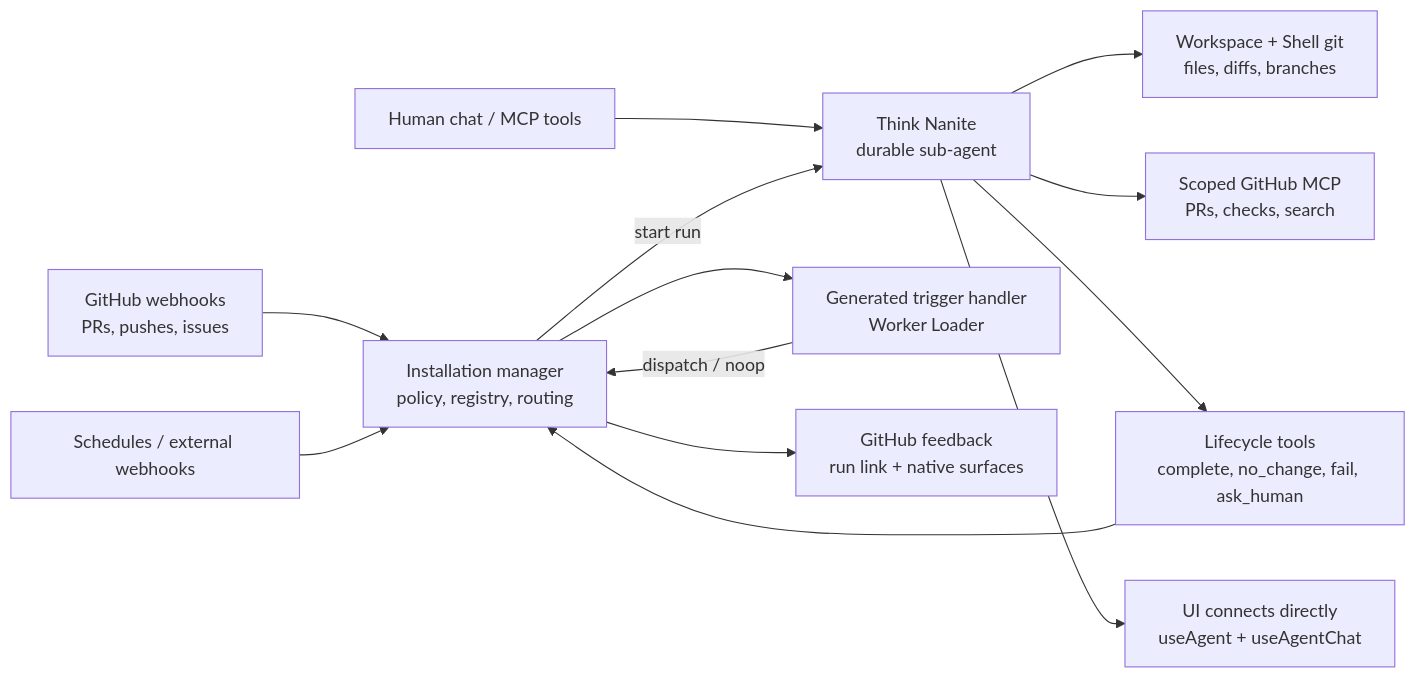
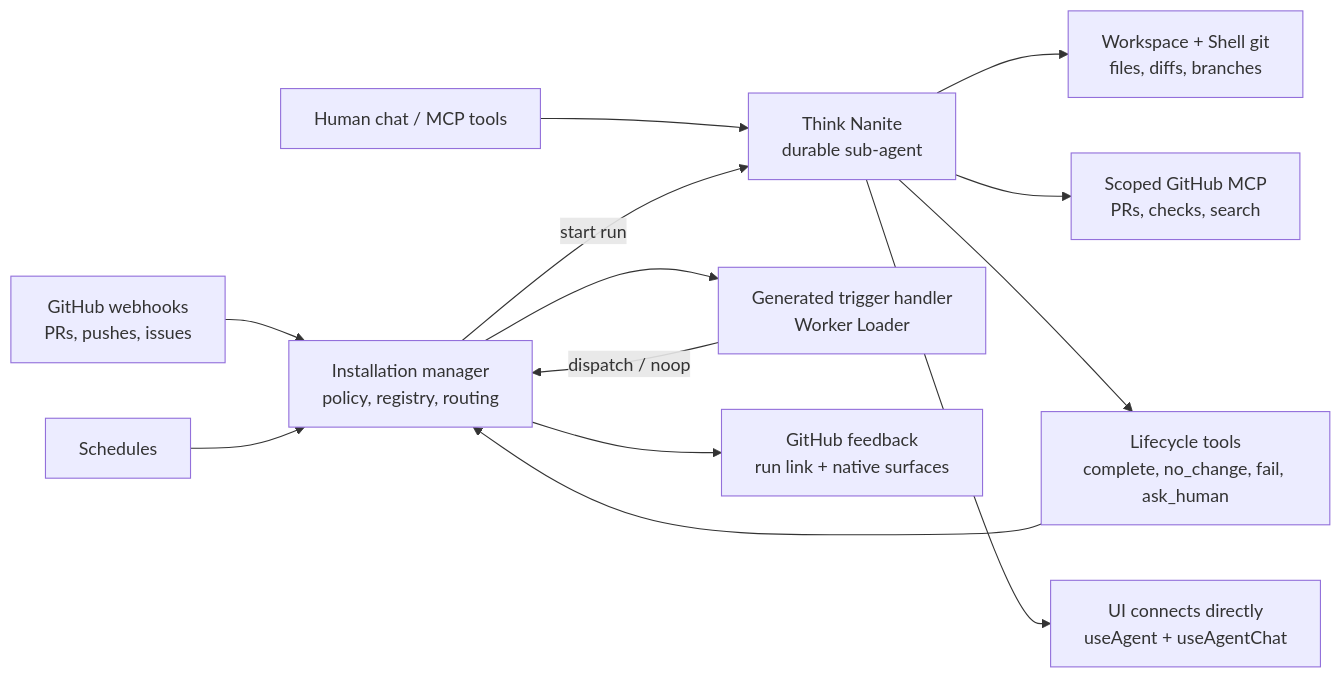
The first of 2 diagrams in docs/architecture/README.md (WebMCP-org/nanites), drawn with Mermaid before and after one commit. The commit also changed other lines of this file and 23 other files, not shown here.

````diff
--- a/docs/architecture/README.md
+++ b/docs/architecture/README.md
@@ -21,15 +21,15 @@
 ```mermaid
 flowchart LR
   GitHub["GitHub webhooks<br/>PRs, pushes, issues"] --> Manager["Installation manager<br/>policy, registry, routing"]
-  Schedule["Schedules / external webhooks"] --> Manager
+  Schedule["Schedules"] --> Manager
   Human["Human chat / MCP tools"] --> Nanite["Think Nanite<br/>durable sub-agent"]
   Manager --> Trigger["Generated trigger handler<br/>Worker Loader"]
   Trigger -->|"dispatch / noop"| Manager
   Manager -->|"start run"| Nanite
   Nanite --> Workspace["Workspace + Shell git<br/>files, diffs, branches"]
   Nanite --> GitHubMcp["Scoped GitHub MCP<br/>PRs, checks, search"]
   Nanite --> Lifecycle["Lifecycle tools<br/>complete, no_change, fail, ask_human"]
   Lifecycle --> Manager
   Manager --> Surface["GitHub feedback<br/>run link + native surfaces"]
   Nanite --> UI["UI connects directly<br/>useAgent + useAgentChat"]
 ```
````
